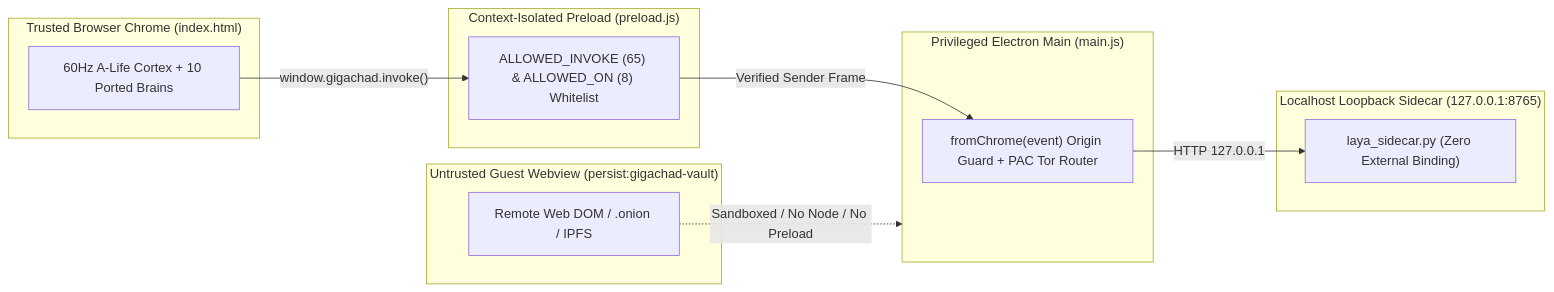
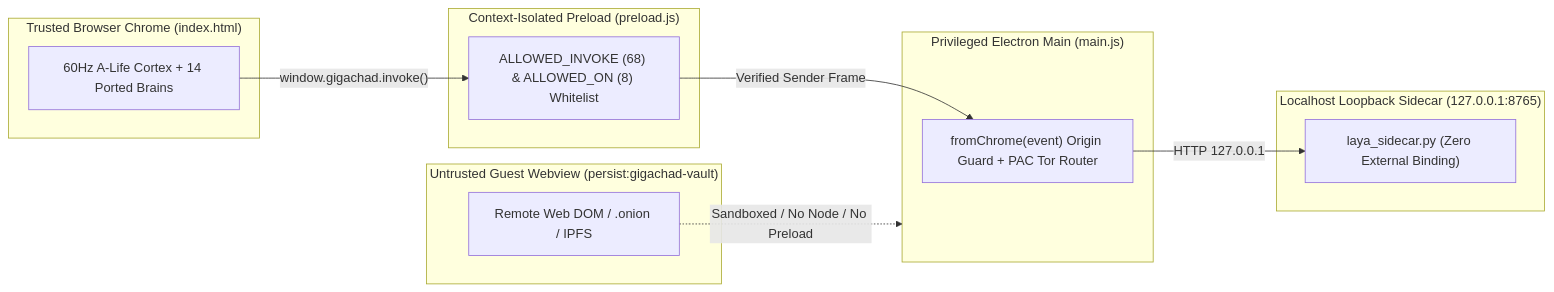
Before and after one commit to 0thernes/gigachad-browser: the diagram in docs/OWASP_DEVSECOPS_FORTUNE100.md, drawn with Mermaid. The commit also changed other lines of this file and 884 other files, not shown here.

````diff
--- a/docs/OWASP_DEVSECOPS_FORTUNE100.md
+++ b/docs/OWASP_DEVSECOPS_FORTUNE100.md
@@ -11,23 +11,23 @@
 ```mermaid
 flowchart LR
   subgraph Guest["Untrusted Guest Webview (persist:gigachad-vault)"]
     GW["Remote Web DOM / .onion / IPFS"]
   end
   subgraph Chrome["Trusted Browser Chrome (index.html)"]
-    UI["60Hz A-Life Cortex + 10 Ported Brains"]
+    UI["60Hz A-Life Cortex + 14 Ported Brains"]
   end
   subgraph Bridge["Context-Isolated Preload (preload.js)"]
-    WL["ALLOWED_INVOKE (65) & ALLOWED_ON (8) Whitelist"]
+    WL["ALLOWED_INVOKE (68) & ALLOWED_ON (8) Whitelist"]
   end
   subgraph Main["Privileged Electron Main (main.js)"]
     FC["fromChrome(event) Origin Guard + PAC Tor Router"]
   end
   subgraph Sidecar["Localhost Loopback Sidecar (127.0.0.1:8765)"]
     PY["laya_sidecar.py (Zero External Binding)"]
   end
 
   GW -. "Sandboxed / No Node / No Preload" .-> Main
   UI -->|"window.gigachad.invoke()"| WL
   WL -->|"Verified Sender Frame"| FC
   FC -->|"HTTP 127.0.0.1"| PY
 ```
````
